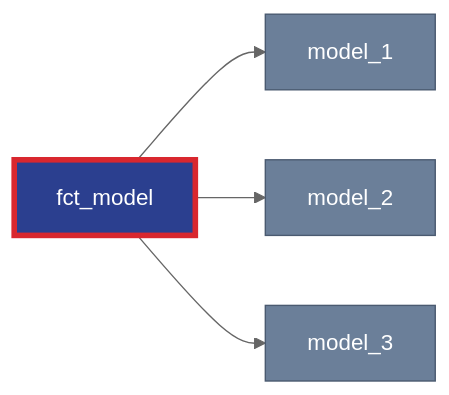
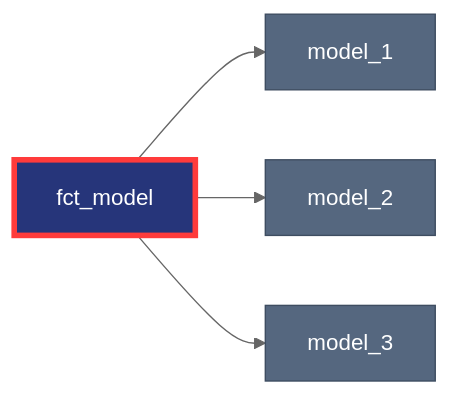
The sixth of 21 diagrams in docs/rules/modeling.md (dbt-labs/dbt-project-evaluator), drawn with Mermaid (neutral theme) before and after one commit. The commit also changed other lines of this file and 6 other files, not shown here.

Commit message:
Readable Mermaid diagrams in both color schemes; scope the source selection note to dbt check

````diff
--- a/docs/rules/modeling.md
+++ b/docs/rules/modeling.md
@@ -218,14 +218,14 @@
 ```mermaid
 flowchart LR
-    classDef marts fill:#2b3f8f,stroke:#1c2a66,color:#fff
-    classDef model fill:#6b7f99,stroke:#4a5a70,color:#fff
-    classDef flagged stroke:#d9272e,stroke-width:4px
+    classDef marts fill:#26357a,stroke:#1a2557,color:#fff
+    classDef model fill:#55677f,stroke:#3e4d61,color:#fff
+    classDef flagged stroke:#ff3b3b,stroke-width:4px
     fct_model["fct_model"]:::marts
     model_1["model_1"]:::model
     model_2["model_2"]:::model
     model_3["model_3"]:::model
     fct_model --> model_1
     fct_model --> model_2
     fct_model --> model_3
     class fct_model flagged
 ```
````
